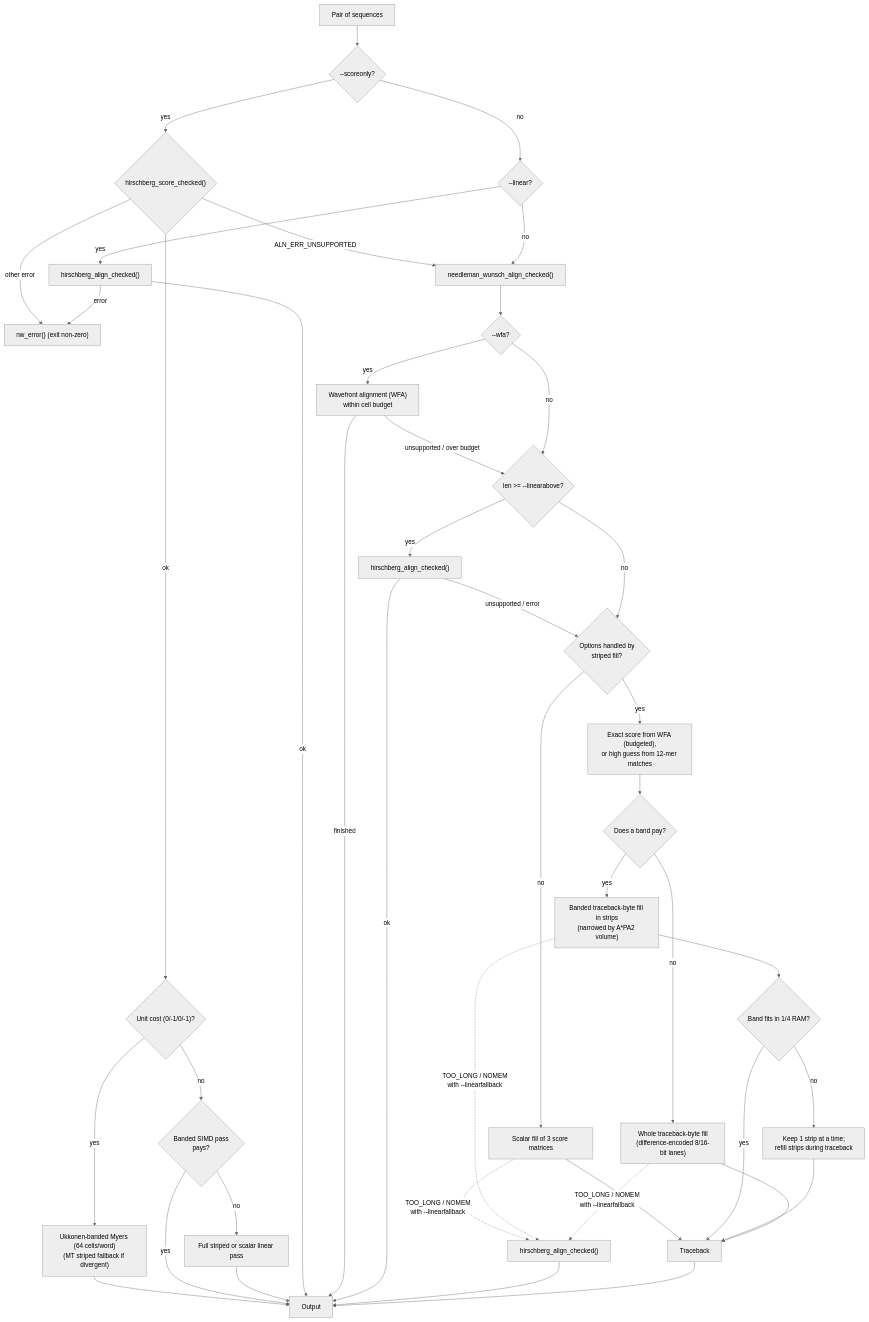
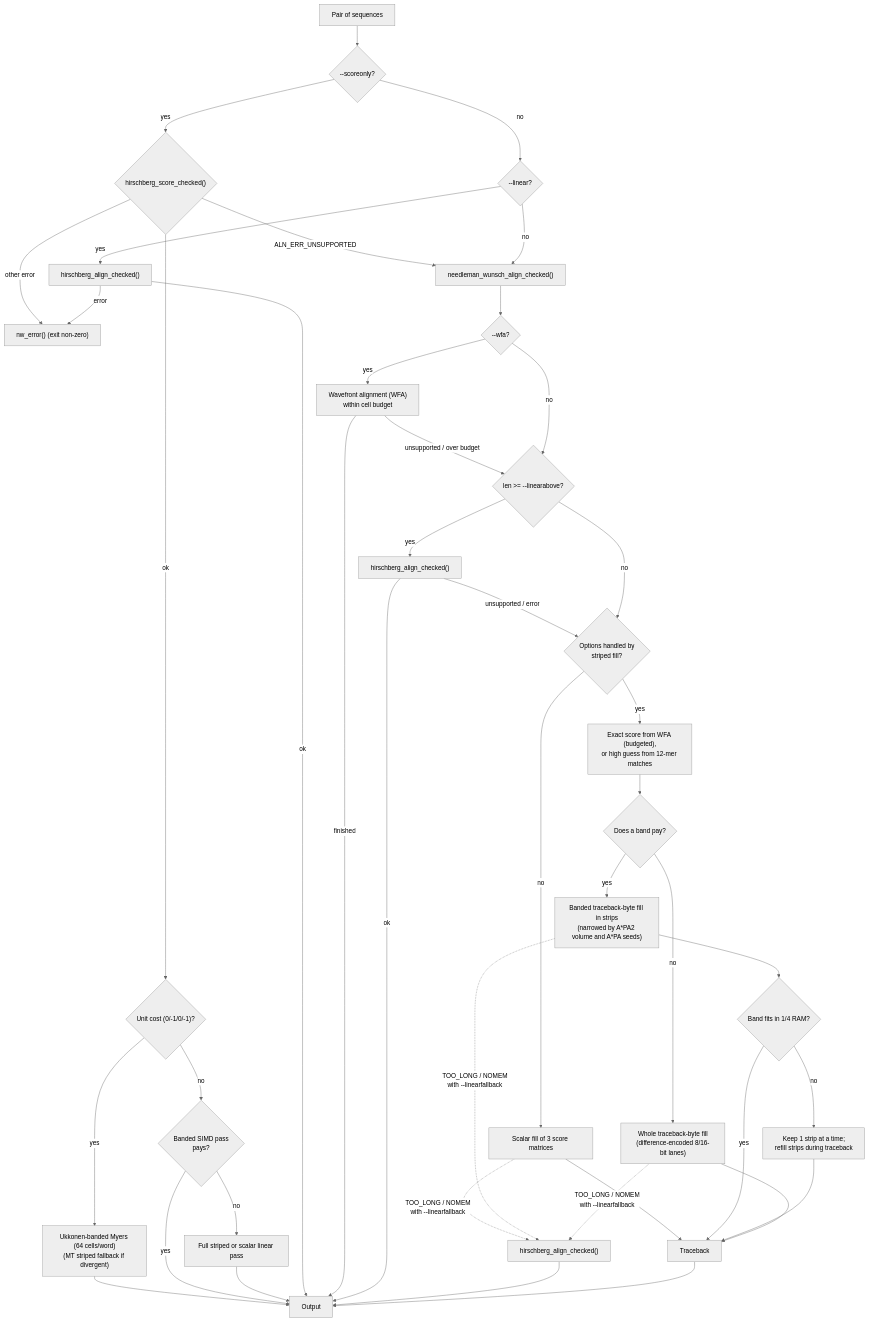
The diagram in docs/performance.md (DanielTillett/nucleics-align), drawn with Mermaid (neutral theme) before and after one commit. The commit also changed other lines of this file and 2 other files, not shown here.

Commit message:
docs: the seed heuristic in the algorithm table, the performance notes and the changelog

````diff
--- a/docs/performance.md
+++ b/docs/performance.md
@@ -11,41 +11,41 @@
 ```mermaid
 flowchart TD
     A[Pair of sequences] --> S0{"--scoreonly?"}
     S0 -- yes --> HS0{"hirschberg_score_checked()"}
     HS0 -- ALN_ERR_UNSUPPORTED --> NW
     HS0 -- other error --> ERR["nw_error() (exit non-zero)"]
     HS0 -- ok --> MY{"Unit cost (0/-1/0/-1)?"}
     MY -- yes --> MYR["Ukkonen-banded Myers (64 cells/word)<br/>(MT striped fallback if divergent)"] --> DONE[Output]
     MY -- no --> HB{"Banded SIMD pass<br/>pays?"}
     HB -- yes --> DONE
     HB -- no --> FULLS["Full striped or scalar linear pass"] --> DONE
 
     S0 -- no --> L0{"--linear?"}
     L0 -- yes --> L1["hirschberg_align_checked()"]
     L1 -- ok --> DONE
     L1 -- error --> ERR["nw_error() (exit non-zero)"]
 
     L0 -- no --> NW["needleman_wunsch_align_checked()"]
     NW --> W0{"--wfa?"}
     W0 -- yes --> WA["Wavefront alignment (WFA)<br/>within cell budget"]
     WA -- finished --> DONE
     WA -- "unsupported / over budget" --> LA
     W0 -- no --> LA{"len >= --linearabove?"}
     LA -- yes --> LAH["hirschberg_align_checked()"]
     LAH -- ok --> DONE
     LAH -- "unsupported / error" --> C
     LA -- no --> C{Options handled by<br/>striped fill?}
     C -- no --> S[Scalar fill of 3 score matrices] --> T[Traceback]
     C -- yes --> W["Exact score from WFA (budgeted),<br/>or high guess from 12-mer matches"]
     W --> D{Does a band pay?}
-    D -- yes --> E["Banded traceback-byte fill in strips<br/>(narrowed by A*PA2 volume)"]
+    D -- yes --> E["Banded traceback-byte fill in strips<br/>(narrowed by A*PA2 volume and A*PA seeds)"]
     D -- no --> F["Whole traceback-byte fill<br/>(difference-encoded 8/16-bit lanes)"]
     E --> G{Band fits in 1/4 RAM?}
     G -- yes --> T
     G -- no --> K["Keep 1 strip at a time;<br/>refill strips during traceback"] --> T
     F --> T
     S -. "TOO_LONG / NOMEM<br/>with --linearfallback" .-> LFB["hirschberg_align_checked()"] --> DONE
     E -. "TOO_LONG / NOMEM<br/>with --linearfallback" .-> LFB
     F -. "TOO_LONG / NOMEM<br/>with --linearfallback" .-> LFB
     T --> DONE
 ```
````
